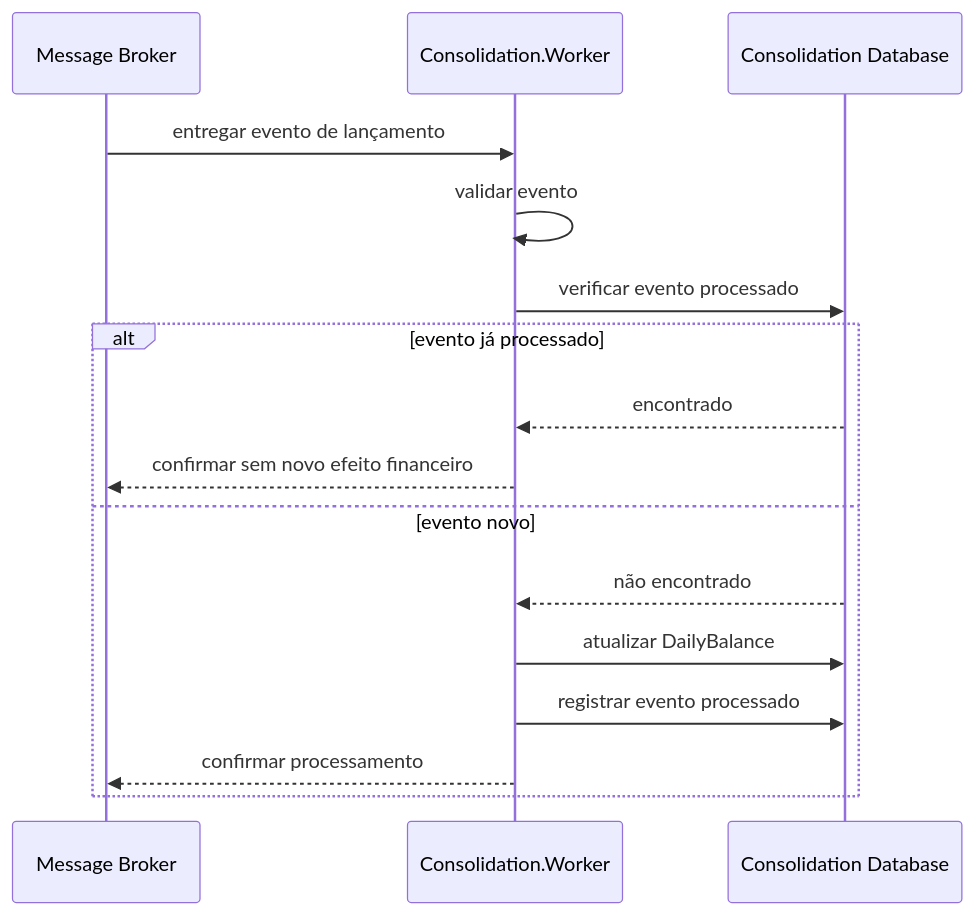
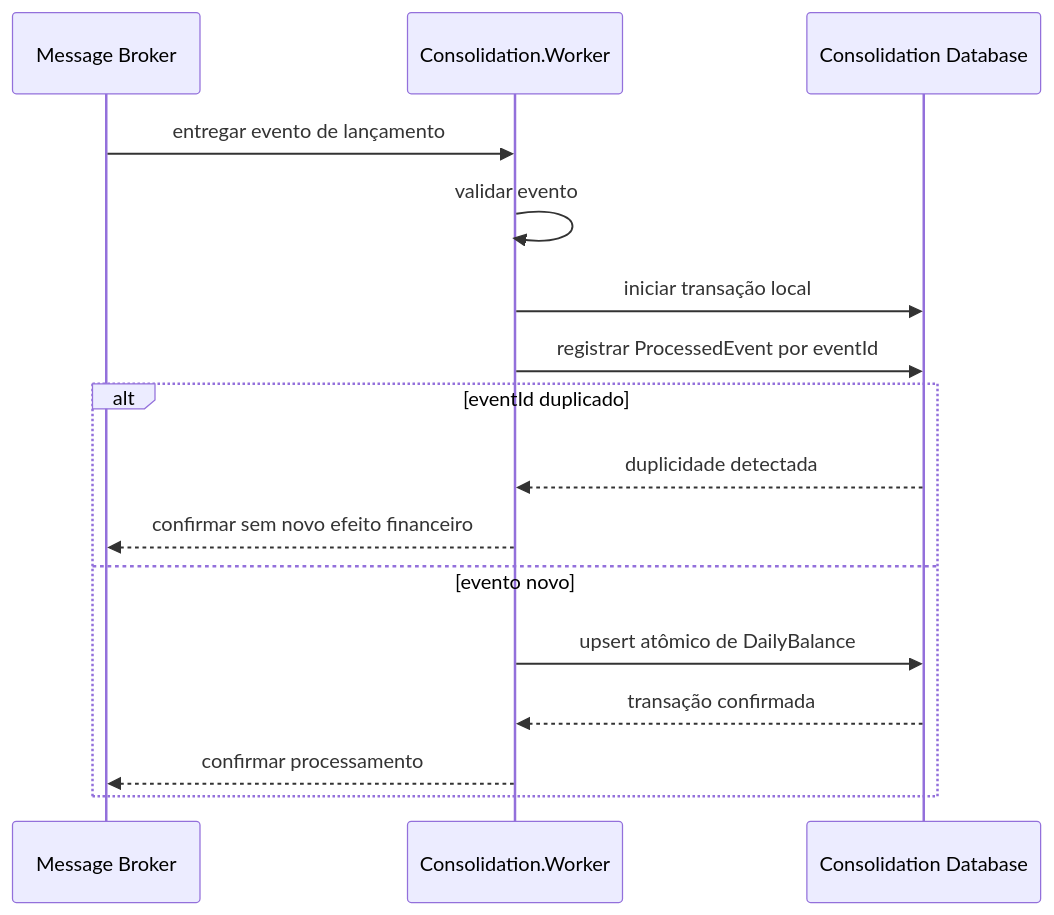
One commit to LeandroVarga/banco-carrefour changed the seventh of 9 diagrams in docs/architecture/06-diagramas.md. Above: the diagram before and after it, drawn with Mermaid. The commit also changed other lines of this file and 15 other files, not shown here.

````diff
--- a/docs/architecture/06-diagramas.md
+++ b/docs/architecture/06-diagramas.md
@@ -197,19 +197,19 @@
 ```mermaid
 sequenceDiagram
     participant B as Message Broker
     participant W as Consolidation.Worker
     participant DB as Consolidation Database
 
     B->>W: entregar evento de lançamento
     W->>W: validar evento
-    W->>DB: verificar evento processado
-    alt evento já processado
-        DB-->>W: encontrado
+    W->>DB: iniciar transação local
+    W->>DB: registrar ProcessedEvent por eventId
+    alt eventId duplicado
+        DB-->>W: duplicidade detectada
         W-->>B: confirmar sem novo efeito financeiro
     else evento novo
-        DB-->>W: não encontrado
-        W->>DB: atualizar DailyBalance
-        W->>DB: registrar evento processado
+        W->>DB: upsert atômico de DailyBalance
+        DB-->>W: transação confirmada
         W-->>B: confirmar processamento
     end
 ```
````
